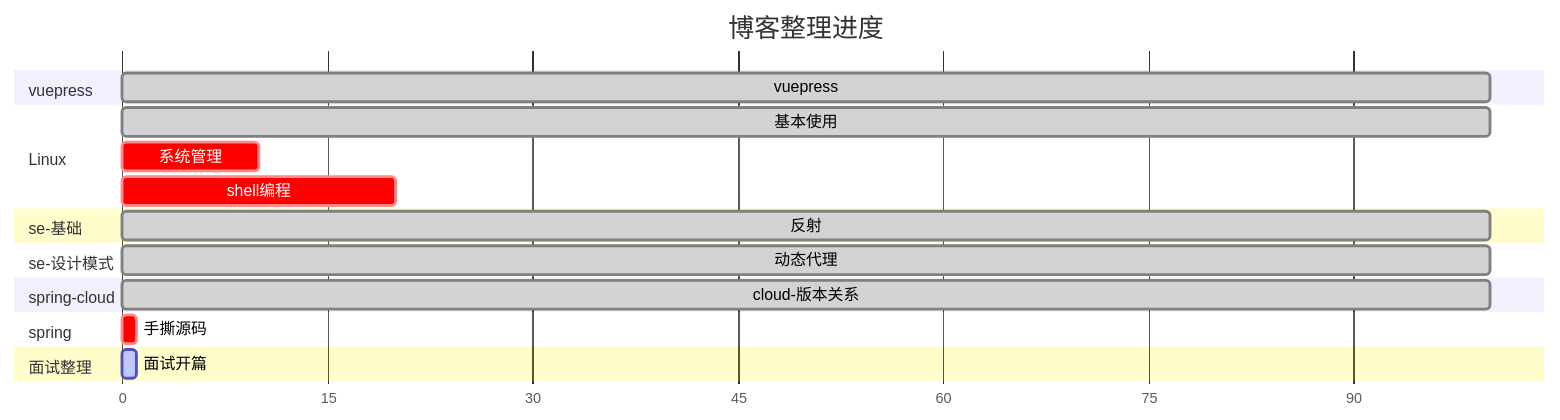
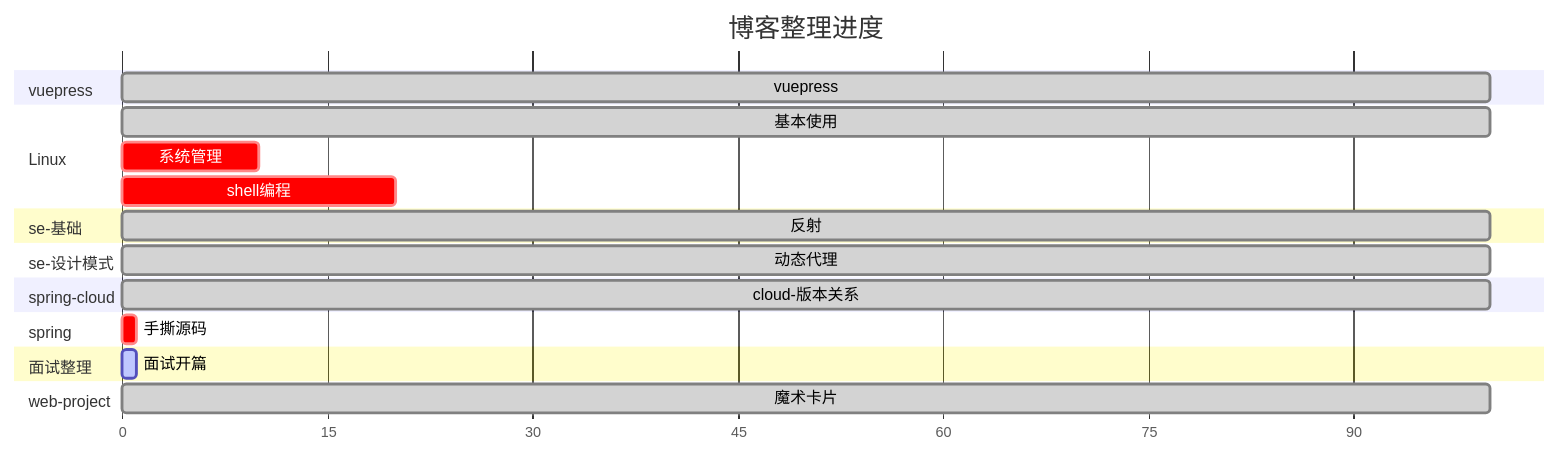
Before and after one commit to zs-mcu/docs: the diagram in docs/README.md, drawn with Mermaid. The commit also changed 3 other files, not shown here.

````diff
--- a/docs/README.md
+++ b/docs/README.md
@@ -31,22 +31,24 @@
 ```mermaid
 gantt
   title 博客整理进度
   dateFormat X
   axisFormat %s
   section vuepress
   vuepress   : done,0,100
   section Linux
   基本使用   : done,0,100
   系统管理   : crit,0,10
   shell编程 : crit,0,20
   section se-基础
   反射   :  done,0, 100
   section se-设计模式
   动态代理   : done,0, 100
   section spring-cloud
   cloud-版本关系   : done,0, 100
   section spring
   手撕源码   : crit,0, 1
   section 面试整理
   面试开篇 : active,0, 1
+  section web-project
+  魔术卡片 : done,0,100
 ```
````
